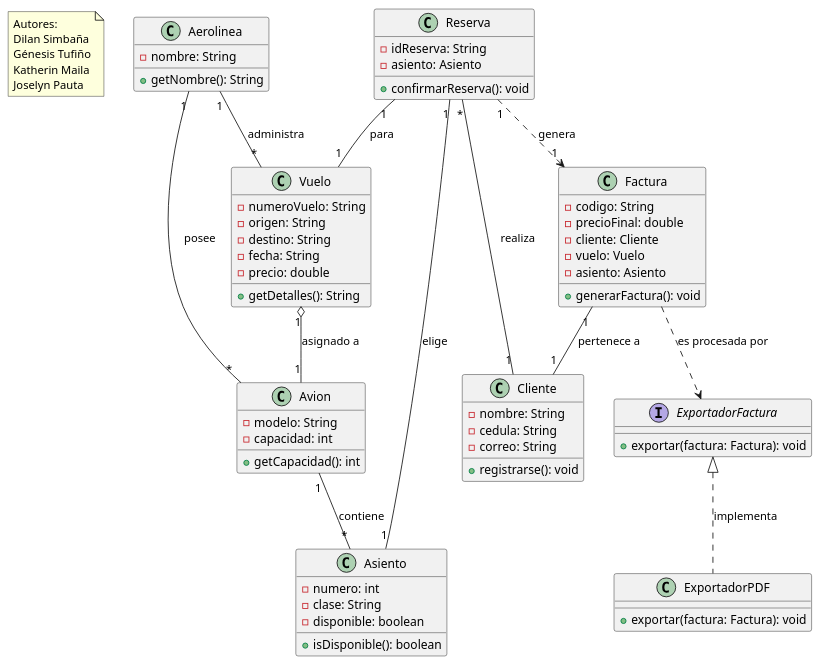
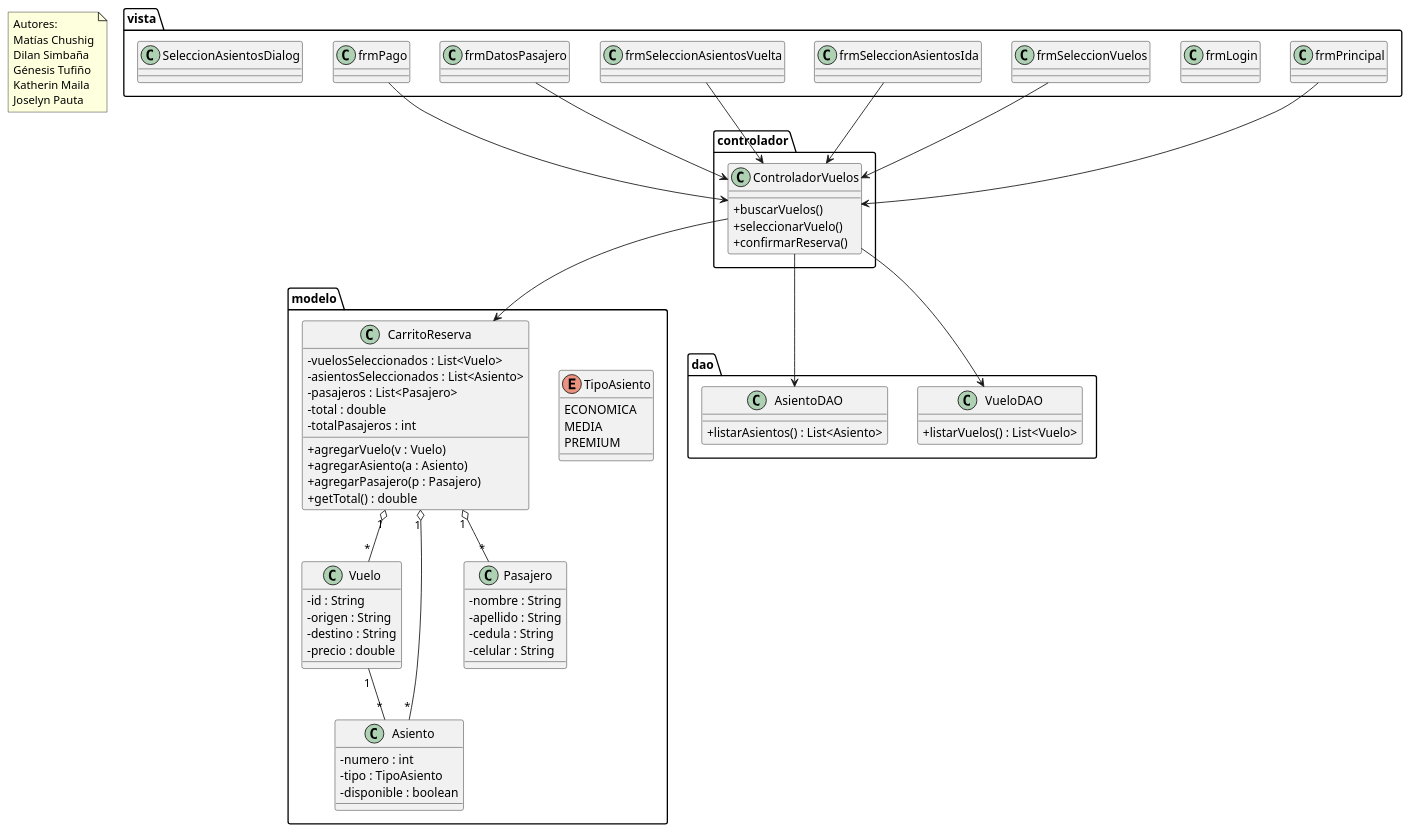
The diagram in src/main/java/com/mycompany/proyecto2b_sistema_vuelos/UML_Sist_Vuelos.puml (Jose-Pau2307/Proyecto_2BProgra_Vuelos), drawn with PlantUML before and after one commit.

Commit message:
Actualización del UML

```diff
--- a/src/main/java/com/mycompany/proyecto2b_sistema_vuelos/UML_Sist_Vuelos.puml
+++ b/src/main/java/com/mycompany/proyecto2b_sistema_vuelos/UML_Sist_Vuelos.puml
@@ -1,85 +1,103 @@
 @startuml
 note as N1
 Autores:
+Matías Chushig
 Dilan Simbaña
 Génesis Tufiño
 Katherin Maila
 Joselyn Pauta
 end note
 
-class Aerolinea {
-    -nombre: String
-    +getNombre(): String
-}
+skinparam classAttributeIconSize 0
 
-class Cliente {
-    -nombre: String
-    -cedula: String
-    -correo: String
-    +registrarse(): void
-}
+package "modelo" {
 
 class Vuelo {
-    -numeroVuelo: String
-    -origen: String
-    -destino: String
-    -fecha: String
-    -precio: double
-    +getDetalles(): String
-}
-
-class Avion {
-    -modelo: String
-    -capacidad: int
-    +getCapacidad(): int
-}
-
-class Reserva {
-    -idReserva: String
-    -asiento: Asiento
-    +confirmarReserva(): void
-}
-
-class Factura {
-    -codigo: String
-    -precioFinal: double
-    -cliente: Cliente
-    -vuelo: Vuelo
-    -asiento: Asiento
-    +generarFactura(): void
+    - id : String
+    - origen : String
+    - destino : String
+    - precio : double
 }
 
 class Asiento {
-    -numero: int
-    -clase: String
-    -disponible: boolean
-    +isDisponible(): boolean
+    - numero : int
+    - tipo : TipoAsiento
+    - disponible : boolean
 }
 
-interface ExportadorFactura {
-    +exportar(factura: Factura): void
+enum TipoAsiento {
+    ECONOMICA
+    MEDIA
+    PREMIUM
 }
 
-class ExportadorPDF {
-    +exportar(factura: Factura): void
+class Pasajero {
+    - nombre : String
+    - apellido : String
+    - cedula : String
+    - celular : String
 }
 
+class CarritoReserva {
+    - vuelosSeleccionados : List<Vuelo>
+    - asientosSeleccionados : List<Asiento>
+    - pasajeros : List<Pasajero>
+    - total : double
+    - totalPasajeros : int
 
+    + agregarVuelo(v : Vuelo)
+    + agregarAsiento(a : Asiento)
+    + agregarPasajero(p : Pasajero)
+    + getTotal() : double
+}
 
-Aerolinea "1" -- "*" Vuelo : administra
-Aerolinea "1" -- "*" Avion : posee
+Vuelo "1" -- "*" Asiento
+CarritoReserva "1" o-- "*" Vuelo
+CarritoReserva "1" o-- "*" Asiento
+CarritoReserva "1" o-- "*" Pasajero
+}
 
-Vuelo "1" o-- "1" Avion : asignado a
-Avion "1" -- "*" Asiento : contiene
+package "dao" {
 
-Cliente "1" -- "*" Reserva : realiza
-Reserva "1" -- "1" Vuelo : para
-Reserva "1" -- "1" Asiento : elige
+class VueloDAO {
+    + listarVuelos() : List<Vuelo>
+}
 
-Reserva "1" ..> "1" Factura : genera
-Factura "1" -- "1" Cliente : pertenece a
+class AsientoDAO {
+    + listarAsientos() : List<Asiento>
+}
+}
 
-ExportadorFactura <|.. ExportadorPDF : implementa
-Factura ..> ExportadorFactura : es procesada por
+package "controlador" {
+
+class ControladorVuelos {
+    + buscarVuelos()
+    + seleccionarVuelo()
+    + confirmarReserva()
+}
+}
+
+package "vista" {
+
+class frmPrincipal
+class frmLogin
+class frmSeleccionVuelos
+class frmSeleccionAsientosIda
+class frmSeleccionAsientosVuelta
+class frmDatosPasajero
+class frmPago
+class SeleccionAsientosDialog
+}
+
+ControladorVuelos --> VueloDAO
+ControladorVuelos --> AsientoDAO
+ControladorVuelos --> CarritoReserva
+
+frmPrincipal --> ControladorVuelos
+frmSeleccionVuelos --> ControladorVuelos
+frmSeleccionAsientosIda --> ControladorVuelos
+frmSeleccionAsientosVuelta --> ControladorVuelos
+frmDatosPasajero --> ControladorVuelos
+frmPago --> ControladorVuelos
 
 @enduml
```
